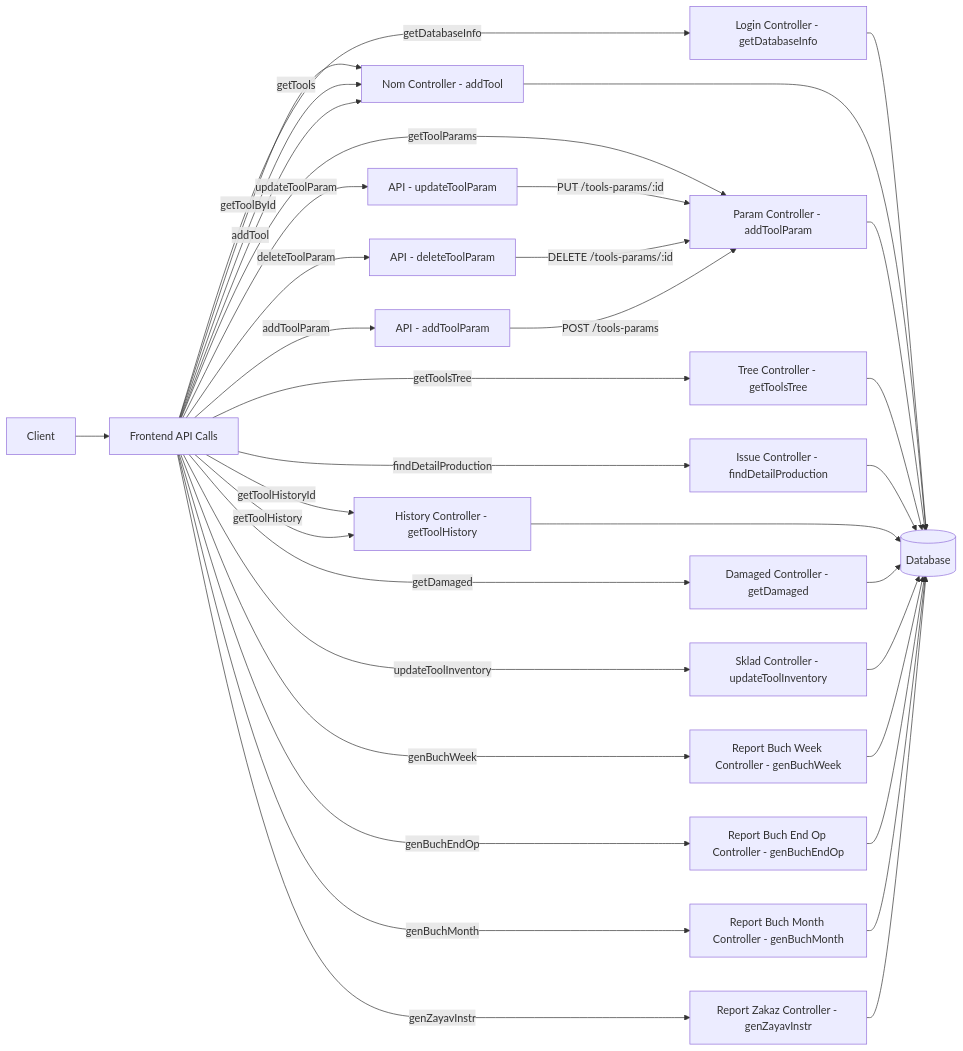
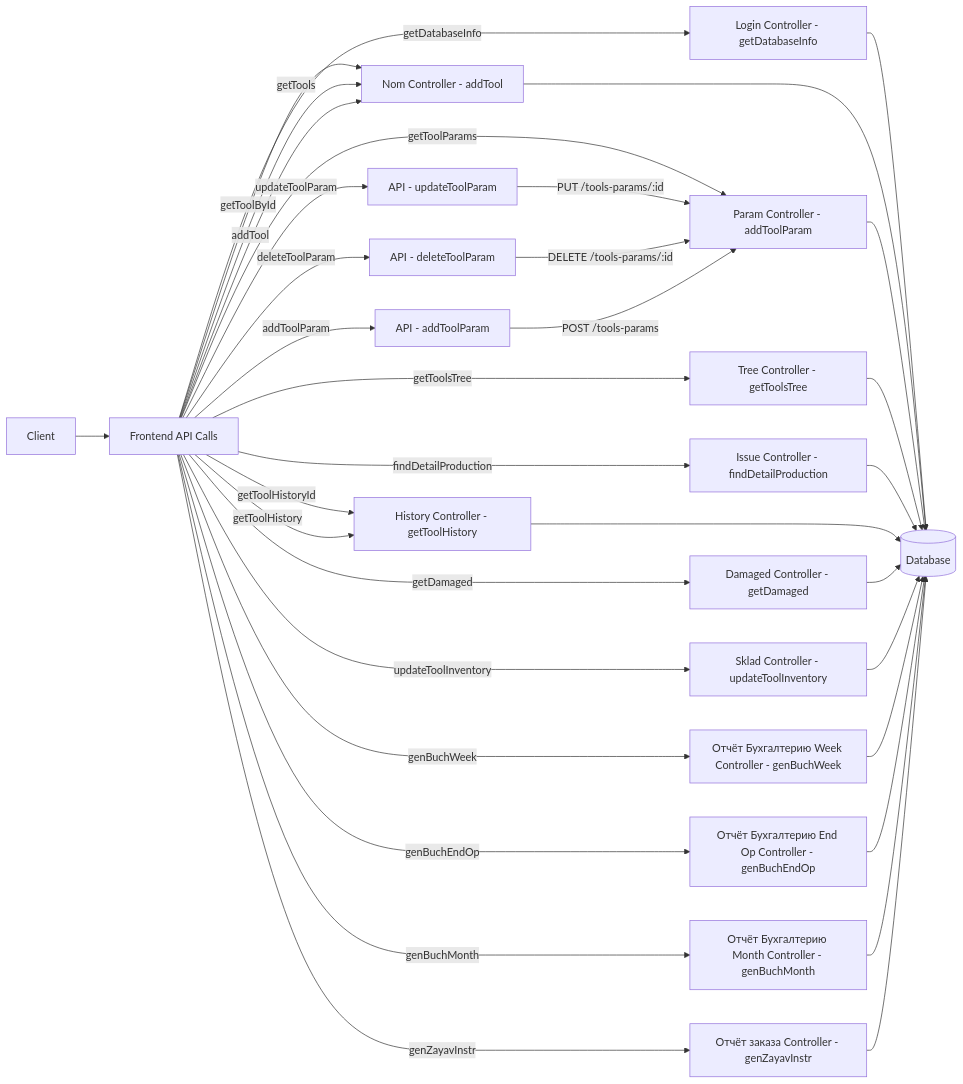
Before and after one commit to i5anin/vue.soft.pfforum: the diagram in README.md, drawn with Mermaid.

````diff
--- a/README.md
+++ b/README.md
@@ -3,42 +3,42 @@
 ```mermaid
 graph LR
     client[Client] --> frontEnd[Frontend API Calls]
 
     frontEnd -->|getDatabaseInfo| loginController[Login Controller - getDatabaseInfo]
     frontEnd -->|getToolById| nomController[Nom Controller - getToolById]
     frontEnd -->|getTools| nomController[Nom Controller - getTools]
     frontEnd -->|addTool| nomController[Nom Controller - addTool]
     frontEnd -->|getToolParams| paramController[Param Controller - getToolParams]
     frontEnd -->|getToolsTree| treeController[Tree Controller - getToolsTree]
     frontEnd -->|findDetailProduction| issueController[Issue Controller - findDetailProduction]
     frontEnd -->|getToolHistoryId| historyController[History Controller - getToolHistoryId]
     frontEnd -->|getToolHistory| historyController[History Controller - getToolHistory]
     frontEnd -->|getDamaged| damagedController[Damaged Controller - getDamaged]
     frontEnd -->|updateToolInventory| skladController[Sklad Controller - updateToolInventory]
-    frontEnd -->|genBuchWeek| reportBuchWeekController[Report Buch Week Controller - genBuchWeek]
-    frontEnd -->|genBuchEndOp| reportBuchEndOpController[Report Buch End Op Controller - genBuchEndOp]
-    frontEnd -->|genBuchMonth| reportBuchMonthController[Report Buch Month Controller - genBuchMonth]
-    frontEnd -->|genZayavInstr| reportZakazController[Report Zakaz Controller - genZayavInstr]
+    frontEnd -->|genBuchWeek| reportBuchWeekController[Отчёт Бухгалтерию Week Controller - genBuchWeek]
+    frontEnd -->|genBuchEndOp| reportBuchEndOpController[Отчёт Бухгалтерию End Op Controller - genBuchEndOp]
+    frontEnd -->|genBuchMonth| reportBuchMonthController[Отчёт Бухгалтерию Month Controller - genBuchMonth]
+    frontEnd -->|genZayavInstr| reportZakazController[Отчёт заказа Controller - genZayavInstr]
 
     frontEnd -->|updateToolParam| apiUpdate[API - updateToolParam]
     frontEnd -->|deleteToolParam| apiDelete[API - deleteToolParam]
     frontEnd -->|addToolParam| apiAdd[API - addToolParam]
 
     apiUpdate -->|PUT /tools-params/:id| paramController[Param Controller - updateToolParam]
     apiDelete -->|DELETE /tools-params/:id| paramController[Param Controller - deleteToolParam]
     apiAdd -->|POST /tools-params| paramController[Param Controller - addToolParam]
 
     loginController --> db[(Database)]
     nomController --> db
     paramController --> db
     treeController --> db
     issueController --> db
     historyController --> db
     damagedController --> db
     skladController --> db
     reportBuchWeekController --> db
     reportBuchEndOpController --> db
     reportBuchMonthController --> db
     reportZakazController --> db
 
 ```
````
